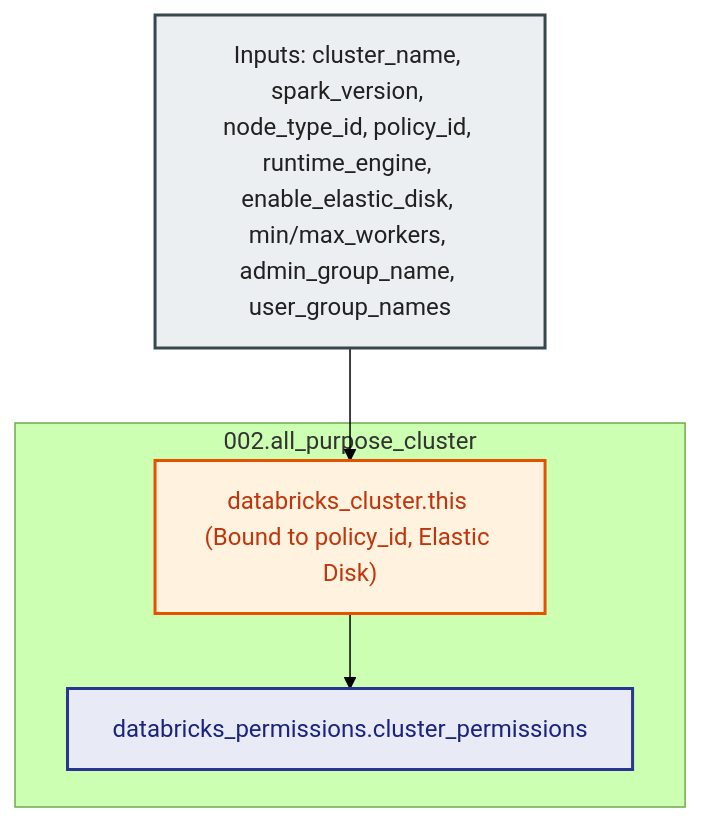
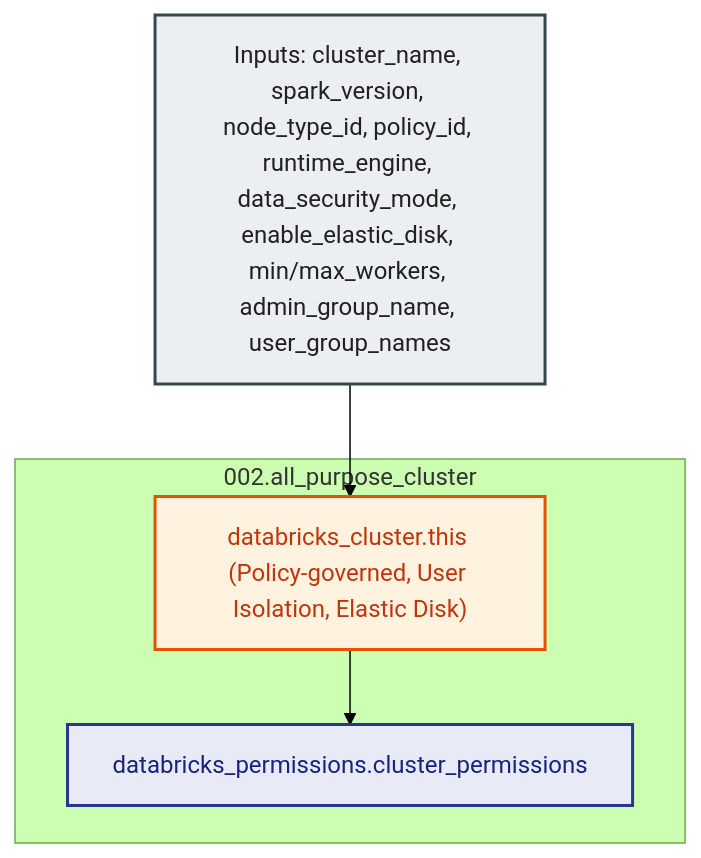
One commit to MikolajSedek/databricks_aws_deployment_03_workspaces_and_compute changed the diagram in modules/05.compute/002.all_purpose_cluster/README.md. Above: the diagram before and after it, drawn with Mermaid (forest theme). The commit also changed other lines of this file and 12 other files, not shown here.

````diff
--- a/modules/05.compute/002.all_purpose_cluster/README.md
+++ b/modules/05.compute/002.all_purpose_cluster/README.md
@@ -55,17 +58,17 @@
 ```mermaid
 flowchart TD
     classDef input fill:#ECEFF1,stroke:#37474F,stroke-width:2px,color:#212121;
     classDef compute fill:#FFF3E0,stroke:#E65100,stroke-width:2px,color:#BF360C;
     classDef acl fill:#E8EAF6,stroke:#283593,stroke-width:2px,color:#1A237E;
 
-    Inputs["Inputs: cluster_name, spark_version, node_type_id, policy_id, runtime_engine, enable_elastic_disk, min/max_workers, admin_group_name, user_group_names"]:::input
+    Inputs["Inputs: cluster_name, spark_version, node_type_id, policy_id, runtime_engine, data_security_mode, enable_elastic_disk, min/max_workers, admin_group_name, user_group_names"]:::input
 
     subgraph ClusterModule ["002.all_purpose_cluster"]
-        Cluster["databricks_cluster.this (Bound to policy_id, Elastic Disk)"]:::compute
+        Cluster["databricks_cluster.this (Policy-governed, User Isolation, Elastic Disk)"]:::compute
         ACL["databricks_permissions.cluster_permissions"]:::acl
 
         Cluster --> ACL
     end
 
     Inputs --> Cluster
 ```
````
